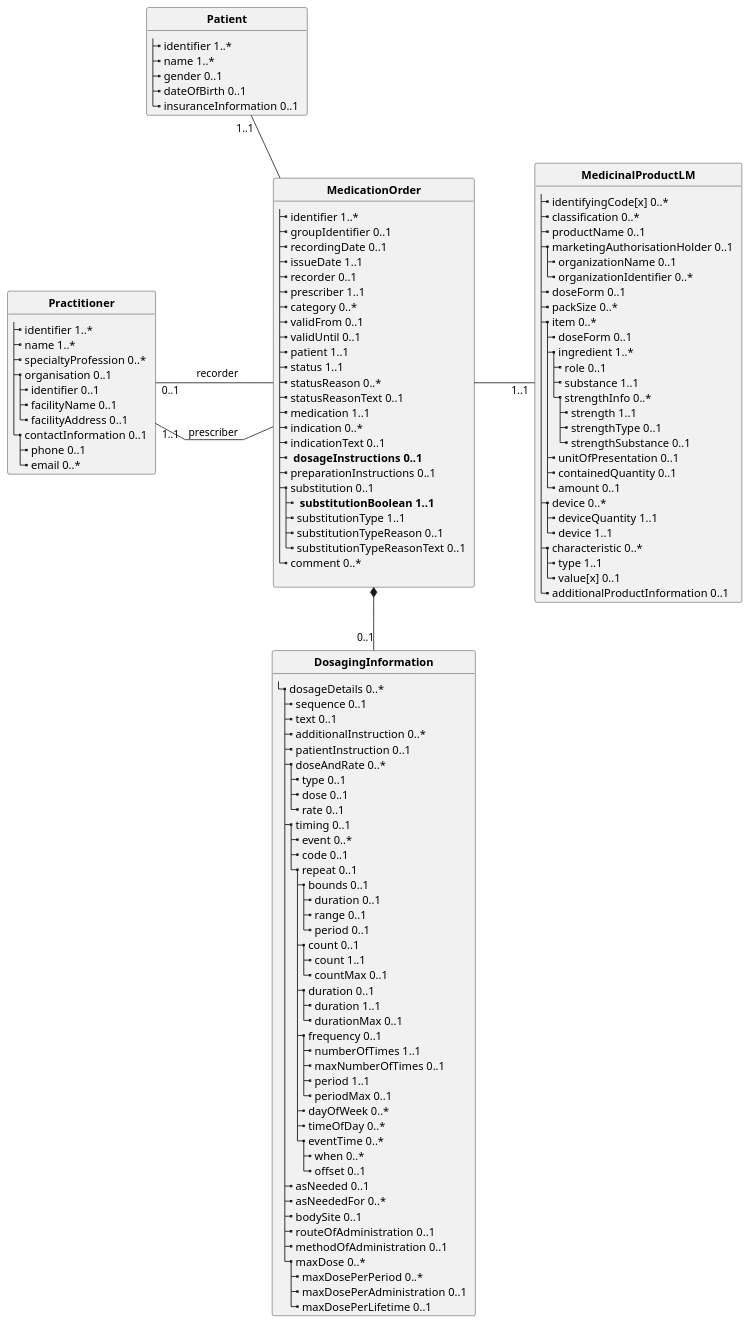
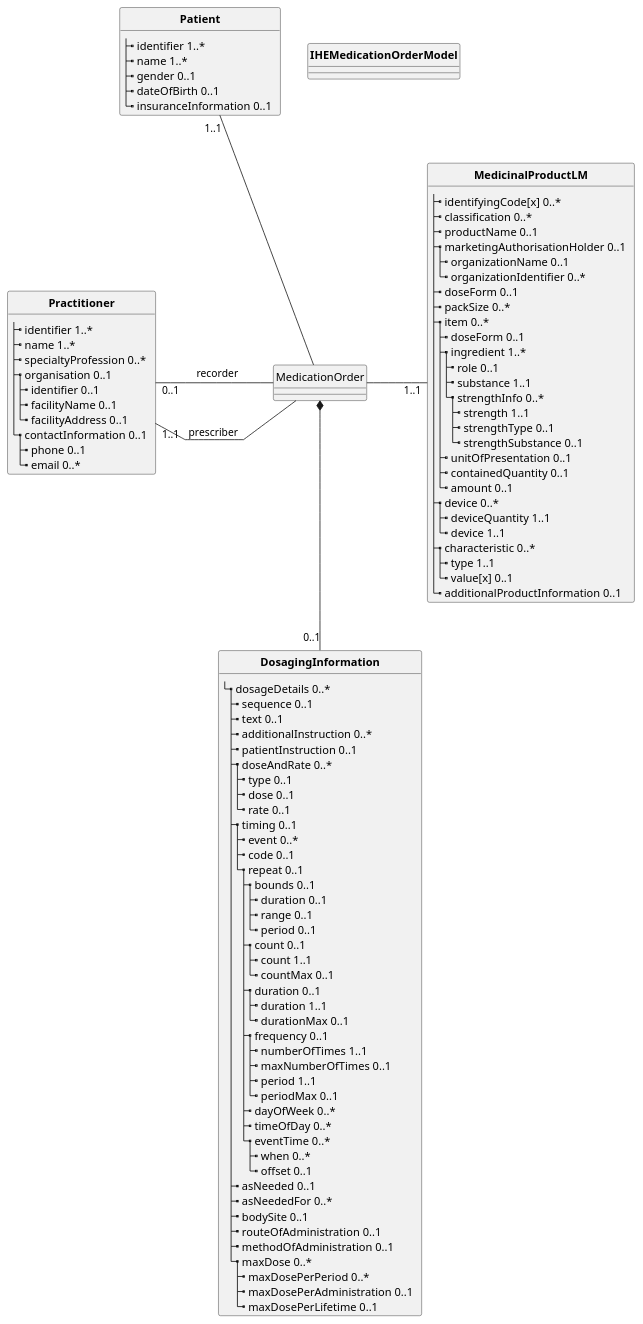
Before and after one commit to IHE/pharm-mpd: the diagram in input/images-source/overall-model.plantuml, drawn with PlantUML. The commit also changed 35 other files, not shown here.

```diff
--- a/input/images-source/overall-model.plantuml
+++ b/input/images-source/overall-model.plantuml
@@ -1,147 +1,126 @@
 @startuml
 skinparam linetype polyline
 hide circle
 hide stereotype
 
-class "**MedicationOrder**" as MedicationOrder {
-  |_ identifier 1..*   
-  |_ groupIdentifier 0..1   
-  |_ recordingDate 0..1   
-  |_ issueDate 1..1   
-  |_ recorder 0..1   
-  |_ prescriber 1..1   
-  |_ category 0..*   
-  |_ validFrom 0..1   
-  |_ validUntil 0..1   
-  |_ patient 1..1   
-  |_ status 1..1   
-  |_ statusReason 0..*   
-  |_ statusReasonText 0..1   
-  |_ medication 1..1   
-  |_ indication 0..*   
-  |_ indicationText 0..1   
-  |_ ** dosageInstructions 0..1  **
-  |_ preparationInstructions 0..1   
-  |_ substitution 0..1   
-    |_ ** substitutionBoolean 1..1 **  
-    |_ substitutionType 1..1   
-    |_ substitutionTypeReason 0..1   
-    |_ substitutionTypeReasonText 0..1   
-  |_ comment 0..*   
+
+class "**IHEMedicationOrderModel**" as IHEMedicationOrderModel {
 
 }
+
+
 
 class "**MedicinalProductLM**" as MedicinalProductLM {
   |_ identifyingCode[x] 0..*   
   |_ classification 0..*   
   |_ productName 0..1   
   |_ marketingAuthorisationHolder 0..1   
     |_ organizationName 0..1   
     |_ organizationIdentifier 0..*   
   |_ doseForm 0..1   
   |_ packSize 0..*   
   |_ item 0..*   
     |_ doseForm 0..1   
     |_ ingredient 1..*   
       |_ role 0..1   
       |_ substance 1..1   
       |_ strengthInfo 0..*   
         |_ strength 1..1   
         |_ strengthType 0..1   
         |_ strengthSubstance 0..1   
     |_ unitOfPresentation 0..1   
     |_ containedQuantity 0..1   
     |_ amount 0..1   
   |_ device 0..*   
     |_ deviceQuantity 1..1   
     |_ device 1..1   
   |_ characteristic 0..*   
     |_ type 1..1   
     |_ value[x] 0..1   
   |_ additionalProductInformation 0..1   
 }
 
 
 class "**DosagingInformation**" as DosagingInformation {
   |_ dosageDetails 0..* 
     |_ sequence 0..1   
     |_ text 0..1   
     |_ additionalInstruction 0..*   
     |_ patientInstruction 0..1   
     |_ doseAndRate 0..*   
       |_ type 0..1   
       |_ dose 0..1   
       |_ rate 0..1   
     |_ timing 0..1   
       |_ event 0..*   
       |_ code 0..1   
       |_ repeat 0..1   
         |_ bounds 0..1   
           |_ duration 0..1   
           |_ range 0..1   
           |_ period 0..1   
         |_ count 0..1   
           |_ count 1..1   
           |_ countMax 0..1   
         |_ duration 0..1   
           |_ duration 1..1   
           |_ durationMax 0..1   
         |_ frequency 0..1   
           |_ numberOfTimes 1..1   
           |_ maxNumberOfTimes 0..1   
           |_ period 1..1   
           |_ periodMax 0..1   
         |_ dayOfWeek 0..*   
         |_ timeOfDay 0..*   
         |_ eventTime 0..*   
           |_ when 0..*   
           |_ offset 0..1   
     |_ asNeeded 0..1   
     |_ asNeededFor 0..*   
     |_ bodySite 0..1   
     |_ routeOfAdministration 0..1   
     |_ methodOfAdministration 0..1   
     |_ maxDose 0..*   
       |_ maxDosePerPeriod 0..*   
       |_ maxDosePerAdministration 0..1   
       |_ maxDosePerLifetime 0..1   
 }
 
 
 class "**Patient**" as PatientBasic {
   |_ identifier 1..*   
   |_ name 1..*   
   |_ gender 0..1   
   |_ dateOfBirth 0..1   
   |_ insuranceInformation 0..1   
 }
 
 class "**Practitioner**" as PractitionerBasic {
   |_ identifier 1..*   
   |_ name 1..*   
   |_ specialtyProfession 0..*   
   |_ organisation 0..1   
     |_ identifier 0..1   
     |_ facilityName 0..1   
     |_ facilityAddress 0..1   
   |_ contactInformation 0..1   
     |_ phone 0..1   
     |_ email 0..*   
 }
 
 
 
 
 MedicationOrder -r- "1..1" MedicinalProductLM : "            "
 MedicationOrder *-d- "0..1" DosagingInformation 
 
 PatientBasic "1..1" -r- MedicationOrder 
 PractitionerBasic "0..1" -[hidden]r- MedicationOrder : " prescriber  "
 PractitionerBasic "0..1" -r- MedicationOrder : "   \t  recorder        "
 PractitionerBasic "0..1" -[hidden]r- MedicationOrder : " prescriber  "
 PractitionerBasic "0..1" -[hidden]r- MedicationOrder : " prescriber  "
 PractitionerBasic "0..1" -[hidden]r- MedicationOrder : " prescriber  "
 PractitionerBasic "1..1" -r- MedicationOrder : " prescriber  "
 
 PatientBasic -d[hidden]- PractitionerBasic
 @enduml
```
